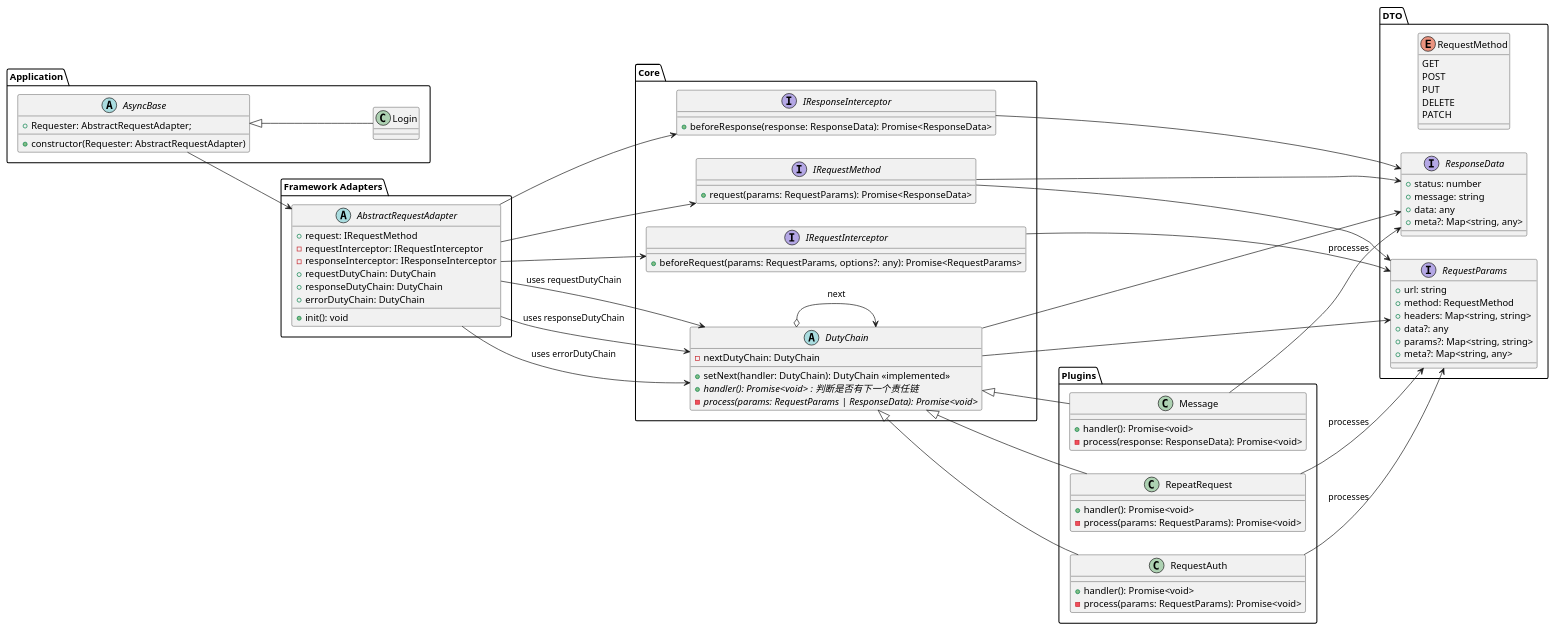
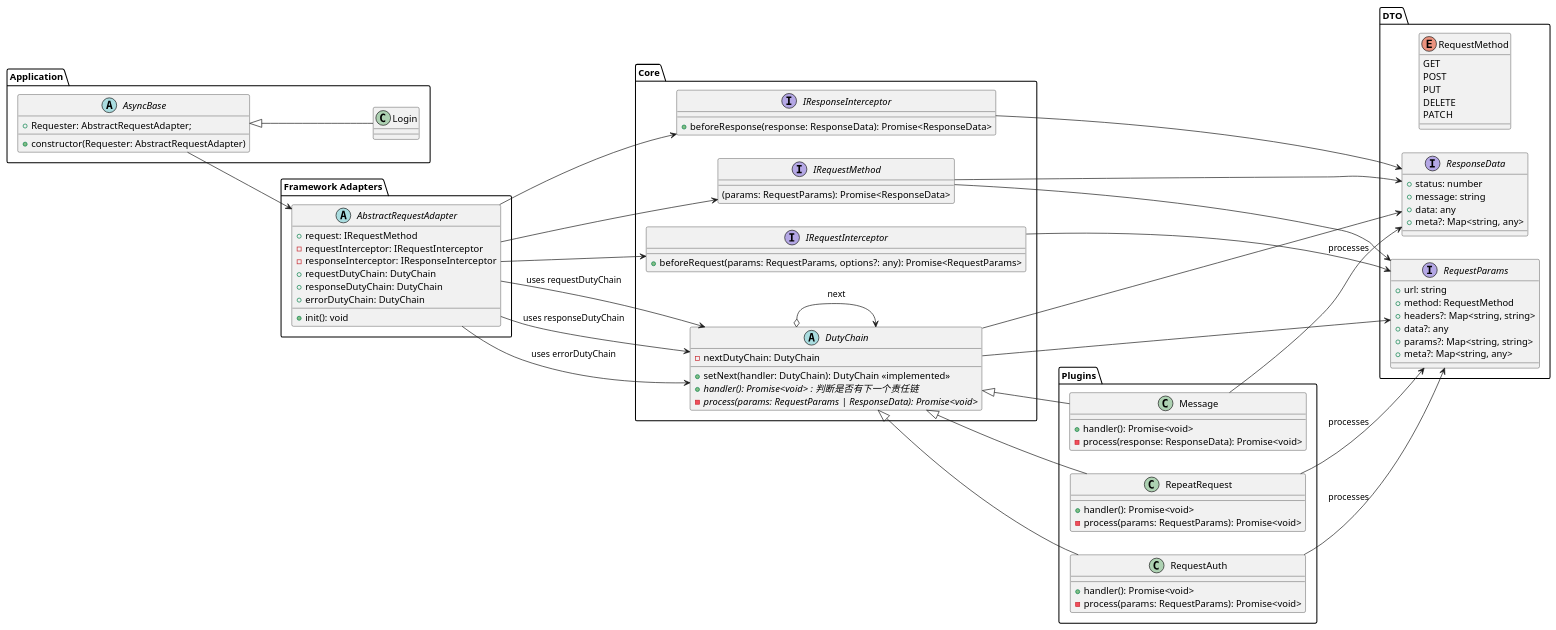
The diagram in AbstractComponents/Request/request.puml (inksnowhailong/project-templates), drawn with PlantUML before and after one commit. The commit also changed 3 other files, not shown here.

```diff
--- a/AbstractComponents/Request/request.puml
+++ b/AbstractComponents/Request/request.puml
@@ -1,122 +1,122 @@
 @startuml http数据请求抽象设计
 
 
 left to right direction
 
 ' 数据传输对象（DTO）
 package "DTO" {
     enum "RequestMethod" {
         GET
         POST
         PUT
         DELETE
         PATCH
     }
     interface "RequestParams" {
         +url: string
         +method: RequestMethod
-        +headers: Map<string, string>
+        +headers?: Map<string, string>
         +data?: any
         +params?: Map<string, string>
         +meta?: Map<string, any>
     }
     interface "ResponseData" {
         +status: number
         +message: string
         +data: any
         +meta?: Map<string, any>
     }
 }
 
 ' 核心逻辑（Core）
 package "Core" {
     interface "IRequestMethod" {
-        +request(params: RequestParams): Promise<ResponseData>
+        (params: RequestParams): Promise<ResponseData>
     }
     interface "IRequestInterceptor" {
         +beforeRequest(params: RequestParams, options?: any): Promise<RequestParams>
     }
     interface "IResponseInterceptor" {
         +beforeResponse(response: ResponseData): Promise<ResponseData>
     }
     abstract class "DutyChain" {
         -nextDutyChain: DutyChain
         +setNext(handler: DutyChain): DutyChain <<implemented>>
         +{abstract} handler(): Promise<void> : 判断是否有下一个责任链
         -{abstract} process(params: RequestParams | ResponseData): Promise<void>
     }
 }
 
 ' 适配器（Framework Adapters）
 package "Framework Adapters" {
     abstract class "AbstractRequestAdapter" {
         +request: IRequestMethod
         -requestInterceptor: IRequestInterceptor
         -responseInterceptor: IResponseInterceptor
         +requestDutyChain: DutyChain
         +responseDutyChain: DutyChain
         +errorDutyChain: DutyChain
         +init(): void
     }
 }
 
 ' 插件（Plugins）
 package "Plugins" {
     class "RepeatRequest" {
         +handler(): Promise<void>
         -process(params: RequestParams): Promise<void>
     }
     class "RequestAuth" {
         +handler(): Promise<void>
         -process(params: RequestParams): Promise<void>
     }
     class "Message" {
         +handler(): Promise<void>
         -process(response: ResponseData): Promise<void>
     }
 }
 
 
 package "Application" {
    abstract class AsyncBase {
      +Requester: AbstractRequestAdapter;
      +constructor(Requester: AbstractRequestAdapter)
     }
     ' 示例：登录页面
     class "Login" extends AsyncBase {
     }
 }
 
 
 ' 关系链接
 ' DTO 与 Core 的依赖
 "IRequestMethod" --> "RequestParams"
 "IRequestMethod" --> "ResponseData"
 "IRequestInterceptor" --> "RequestParams"
 "IResponseInterceptor" --> "ResponseData"
 "DutyChain" --> "RequestParams"
 "DutyChain" --> "ResponseData"
 
 ' Core 与 Framework Adapters 的关系
 "AbstractRequestAdapter" --> "IRequestMethod"
 "AbstractRequestAdapter" --> "IRequestInterceptor"
 "AbstractRequestAdapter" --> "IResponseInterceptor"
 "AbstractRequestAdapter" --> "DutyChain" : uses requestDutyChain
 "AbstractRequestAdapter" --> "DutyChain" : uses responseDutyChain
 "AbstractRequestAdapter" --> "DutyChain" : uses errorDutyChain
 
 ' Core 与 Plugins 的继承关系
 "DutyChain" <|-- "RepeatRequest"
 "DutyChain" <|-- "RequestAuth"
 "DutyChain" <|-- "Message"
 
 ' DutyChain 的责任链关系
 "DutyChain" o--> "DutyChain" : next
 
 ' Plugins 与 DTO 的依赖
 "RepeatRequest" --> "RequestParams" : processes
 "RequestAuth" --> "RequestParams" : processes
 "Message" --> "ResponseData" : processes
 ' Application 与 Framework Adapters 的依赖
 "AsyncBase" --> "AbstractRequestAdapter"
 @enduml
```
